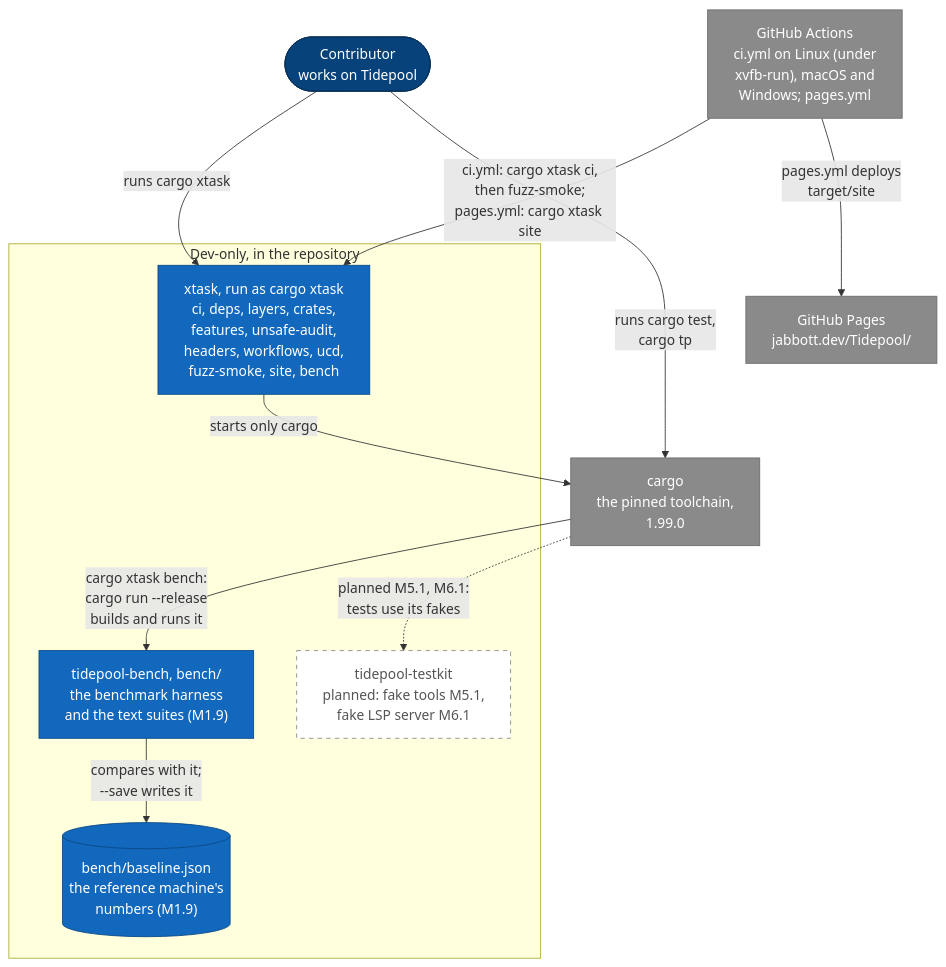
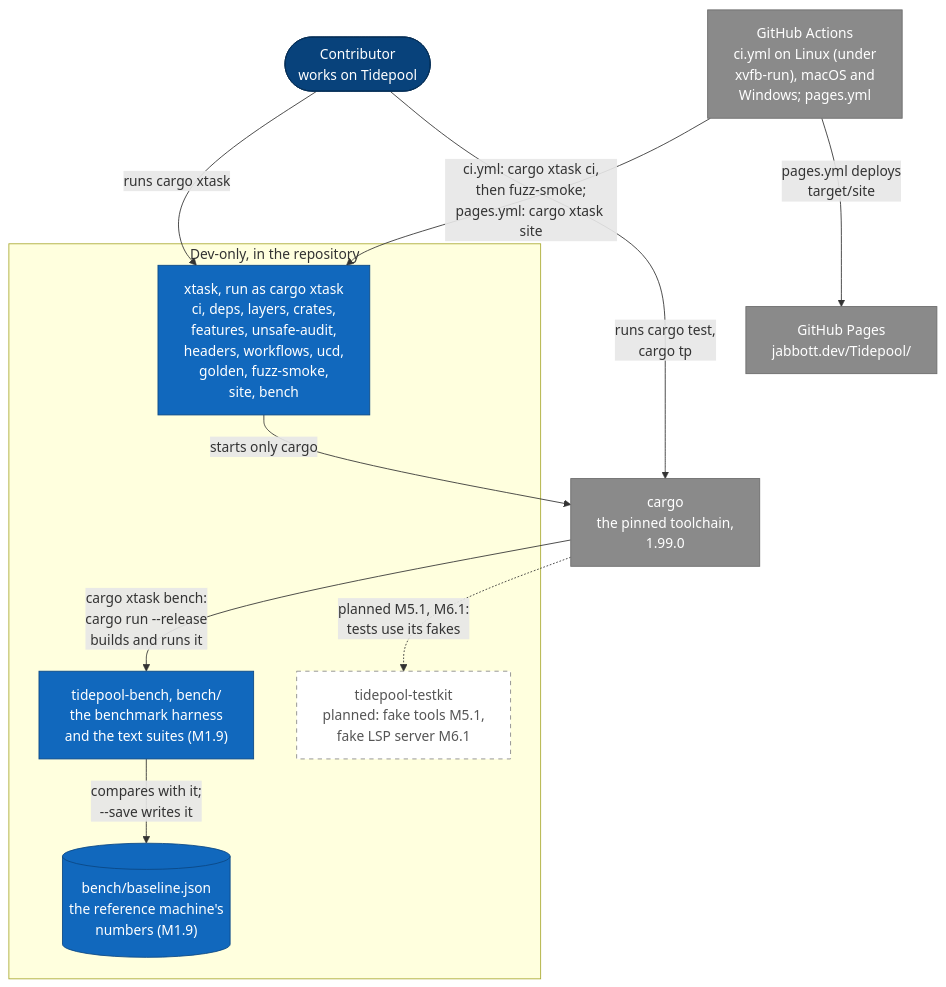
One commit to jabbott-iii/Tidepool changed the fourth of 17 diagrams in diagrams/c4-architecture.md. Above: the diagram before and after it, drawn with Mermaid. The commit also changed other lines of this file and 67 other files, not shown here.

First line of the commit message:
codec, gfx, xtask: QOI, the golden harness and gfx goldens (M2.4)

````diff
--- a/diagrams/c4-architecture.md
+++ b/diagrams/c4-architecture.md
@@ -188,34 +190,34 @@
 ```mermaid
 flowchart TB
     p_contrib(["Contributor<br/>works on Tidepool"])
     e_gha["GitHub Actions<br/>ci.yml on Linux (under<br/>xvfb-run), macOS and<br/>Windows; pages.yml"]
     e_cargo["cargo<br/>the pinned toolchain,<br/>1.99.0"]
     e_pages["GitHub Pages<br/>jabbott.dev/Tidepool/"]
 
     subgraph b_dev["Dev-only, in the repository"]
-        c_xtask["xtask, run as cargo xtask<br/>ci, deps, layers, crates,<br/>features, unsafe-audit,<br/>headers, workflows, ucd,<br/>fuzz-smoke, site, bench"]
+        c_xtask["xtask, run as cargo xtask<br/>ci, deps, layers, crates,<br/>features, unsafe-audit,<br/>headers, workflows, ucd,<br/>golden, fuzz-smoke,<br/>site, bench"]
         c_bench["tidepool-bench, bench/<br/>the benchmark harness<br/>and the text suites (M1.9)"]
         c_testkit["tidepool-testkit<br/>planned: fake tools M5.1,<br/>fake LSP server M6.1"]
         s_baseline[("bench/baseline.json<br/>the reference machine's<br/>numbers (M1.9)")]
     end
 
     p_contrib -->|"runs cargo xtask"| c_xtask
     p_contrib -->|"runs cargo test,<br/>cargo tp"| e_cargo
     e_gha -->|"ci.yml: cargo xtask ci,<br/>then fuzz-smoke;<br/>pages.yml: cargo xtask site"| c_xtask
     e_gha -->|"pages.yml deploys<br/>target/site"| e_pages
     c_xtask -->|"starts only cargo"| e_cargo
     e_cargo -->|"cargo xtask bench:<br/>cargo run --release<br/>builds and runs it"| c_bench
     c_bench -->|"compares with it;<br/>--save writes it"| s_baseline
     e_cargo -.->|"planned M5.1, M6.1:<br/>tests use its fakes"| c_testkit
 
     classDef person fill:#08427b,stroke:#052e56,color:#ffffff
     classDef built fill:#1168bd,stroke:#0b4884,color:#ffffff
     classDef external fill:#8a8a8a,stroke:#6b6b6b,color:#ffffff
     classDef planned fill:#ffffff,stroke:#888888,stroke-dasharray: 5 5,color:#555555
     classDef store fill:#1168bd,stroke:#0b4884,color:#ffffff
     class p_contrib person
     class c_xtask,c_bench built
     class s_baseline store
     class c_testkit planned
     class e_gha,e_cargo,e_pages external
 ```
````
